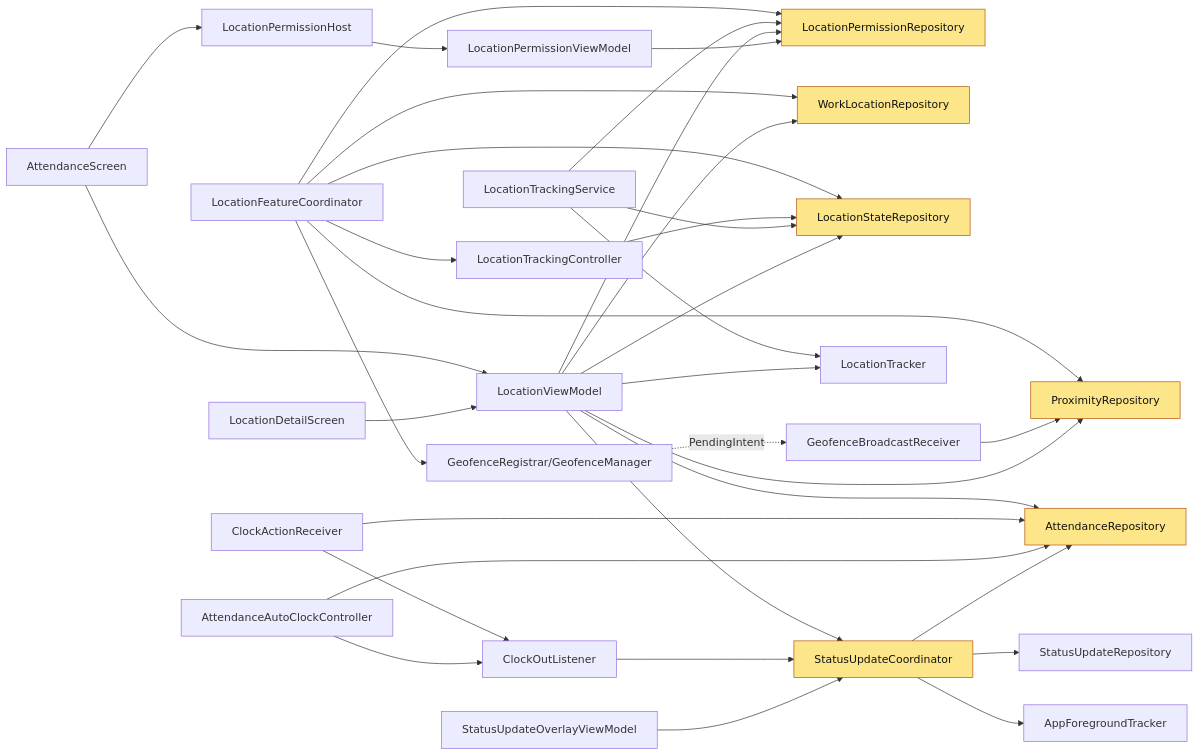
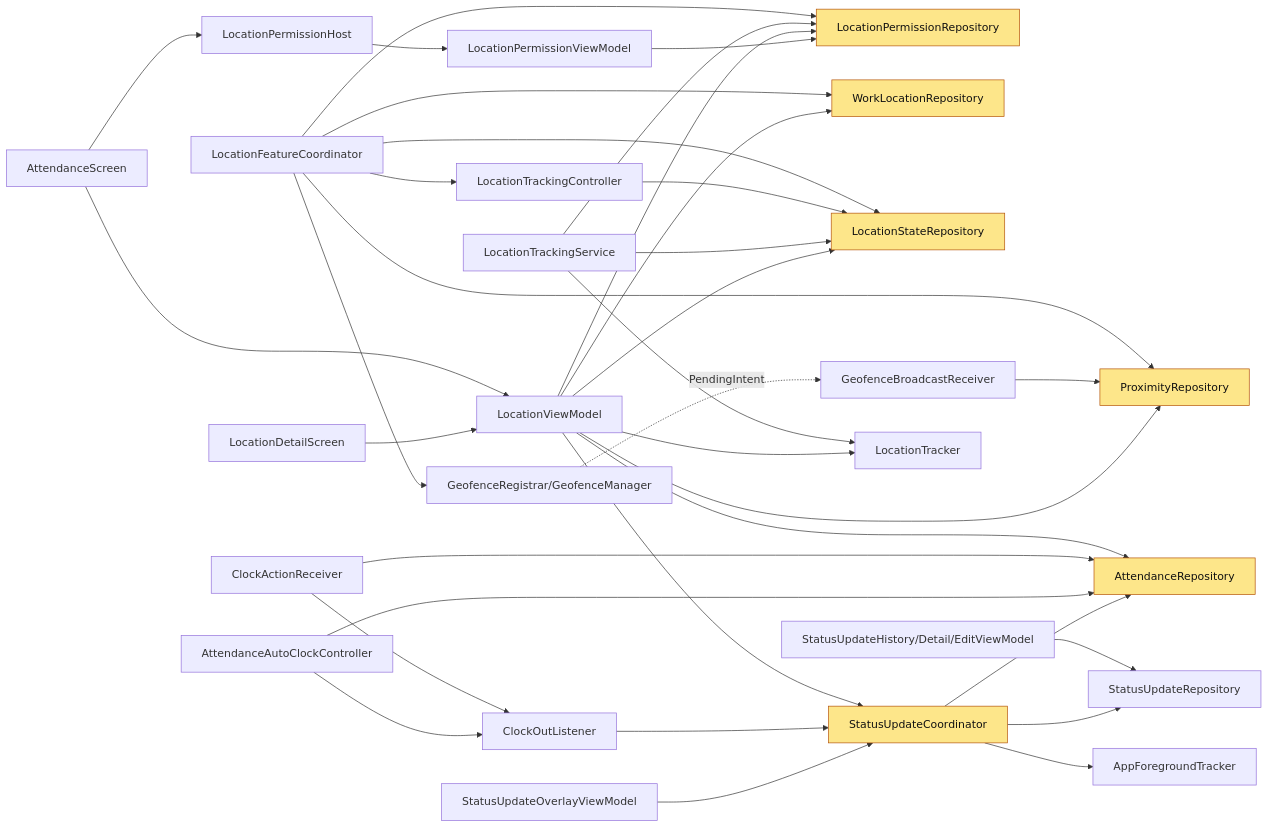
Before and after one commit to jaustinjr-code/employee-attendance-android: the eighth of 8 diagrams in docs/architecture/class-diagrams.md, drawn with Mermaid. The commit also changed other lines of this file and 41 other files, not shown here.

First line of the commit message:
Add status update history to a new Account screen

````diff
--- a/docs/architecture/class-diagrams.md
+++ b/docs/architecture/class-diagrams.md
@@ -614,63 +643,65 @@
 ```mermaid
 graph LR
     LPR[LocationPermissionRepository]
     WLR[WorkLocationRepository]
     LSR[LocationStateRepository]
     PR[ProximityRepository]
     AR[AttendanceRepository]
     SUC[StatusUpdateCoordinator]
     SUR[StatusUpdateRepository]
     AFT[AppForegroundTracker]
     COL[ClockOutListener]
     CAR[ClockActionReceiver]
     ACC[AttendanceAutoClockController]
     SUOVM[StatusUpdateOverlayViewModel]
+    HISTVM[StatusUpdateHistory/Detail/EditViewModel]
     LT[LocationTracker]
     LTC[LocationTrackingController]
     GR[GeofenceRegistrar/GeofenceManager]
     LFC[LocationFeatureCoordinator]
     LTS[LocationTrackingService]
     GBR[GeofenceBroadcastReceiver]
     LVM[LocationViewModel]
     LPVM[LocationPermissionViewModel]
     HOST[LocationPermissionHost]
     AS[AttendanceScreen]
     LDS[LocationDetailScreen]
 
     LFC --> LPR
     LFC --> WLR
     LFC --> LTC
     LFC --> GR
     LFC --> LSR
     LFC --> PR
     LTC --> LSR
     LTS --> LT
     LTS --> LSR
     LTS --> LPR
     GBR --> PR
     GR -.->|PendingIntent| GBR
     LVM --> WLR
     LVM --> PR
     LVM --> LSR
     LVM --> LPR
     LVM --> LT
     LVM --> AR
     LVM --> SUC
     COL --> SUC
+    HISTVM --> SUR
     CAR --> AR
     CAR --> COL
     ACC --> AR
     ACC --> COL
     SUC --> AR
     SUC --> SUR
     SUC --> AFT
     SUOVM --> SUC
     LPVM --> LPR
     HOST --> LPVM
     AS --> LVM
     AS --> HOST
     LDS --> LVM
 
     classDef hub fill:#fde68a,stroke:#b45309,color:#111
     class LPR,PR,LSR,WLR,AR,SUC hub
 ```
````
